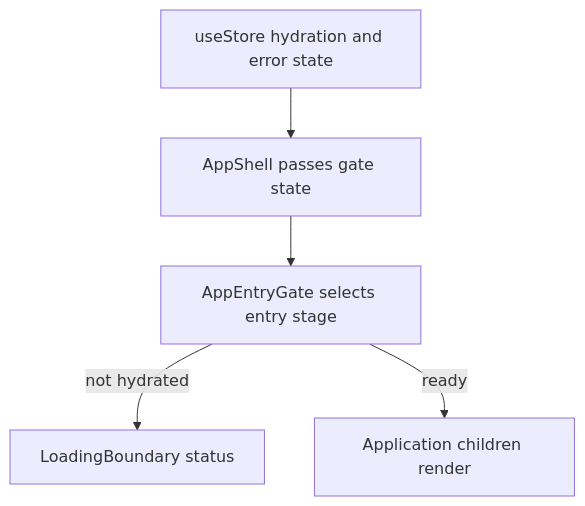
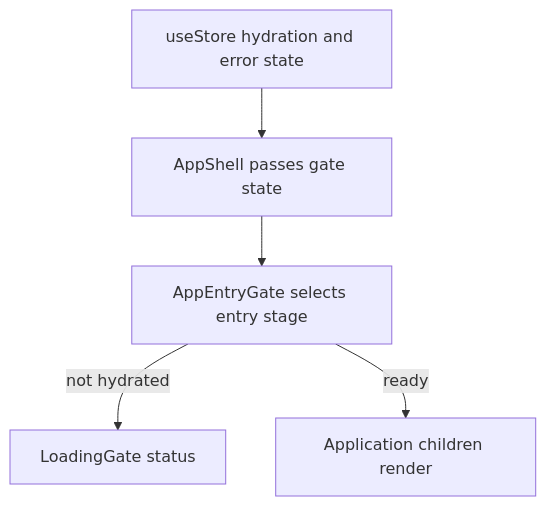
One commit to Kevinjohn/capacitylens changed the second of 2 diagrams in user-stories/navigation/US-NAV-03-loading-gate.md. Above: the diagram before and after it, drawn with Mermaid. The commit also changed 4 other files, not shown here.

First line of the commit message:
Boundary to gate: rename the auth, loading and scheduler boundaries

````diff
--- a/user-stories/navigation/US-NAV-03-loading-gate.md
+++ b/user-stories/navigation/US-NAV-03-loading-gate.md
@@ -36,7 +36,7 @@
 ```mermaid
 flowchart TD
   store["useStore hydration and error state"] --> shell["AppShell passes gate state"]
   shell --> gate["AppEntryGate selects entry stage"]
-  gate -->|not hydrated| loading["LoadingBoundary status"]
+  gate -->|not hydrated| loading["LoadingGate status"]
   gate -->|ready| children["Application children render"]
 ```
````
